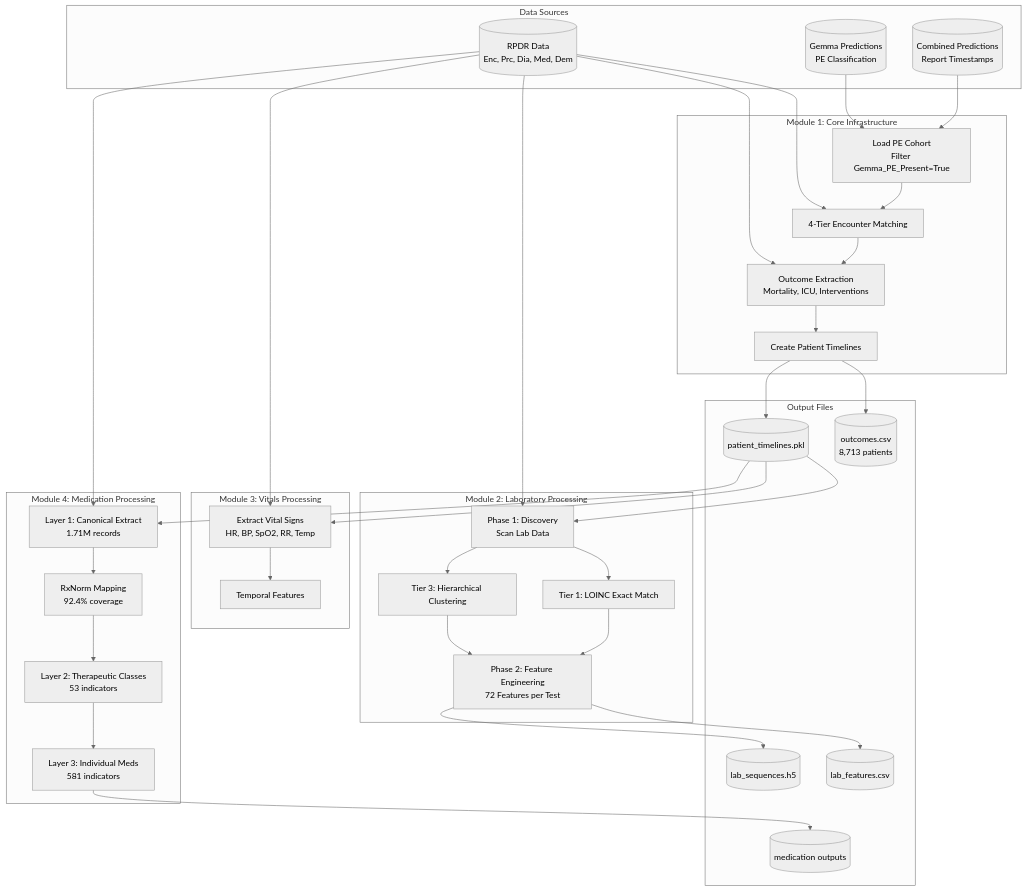
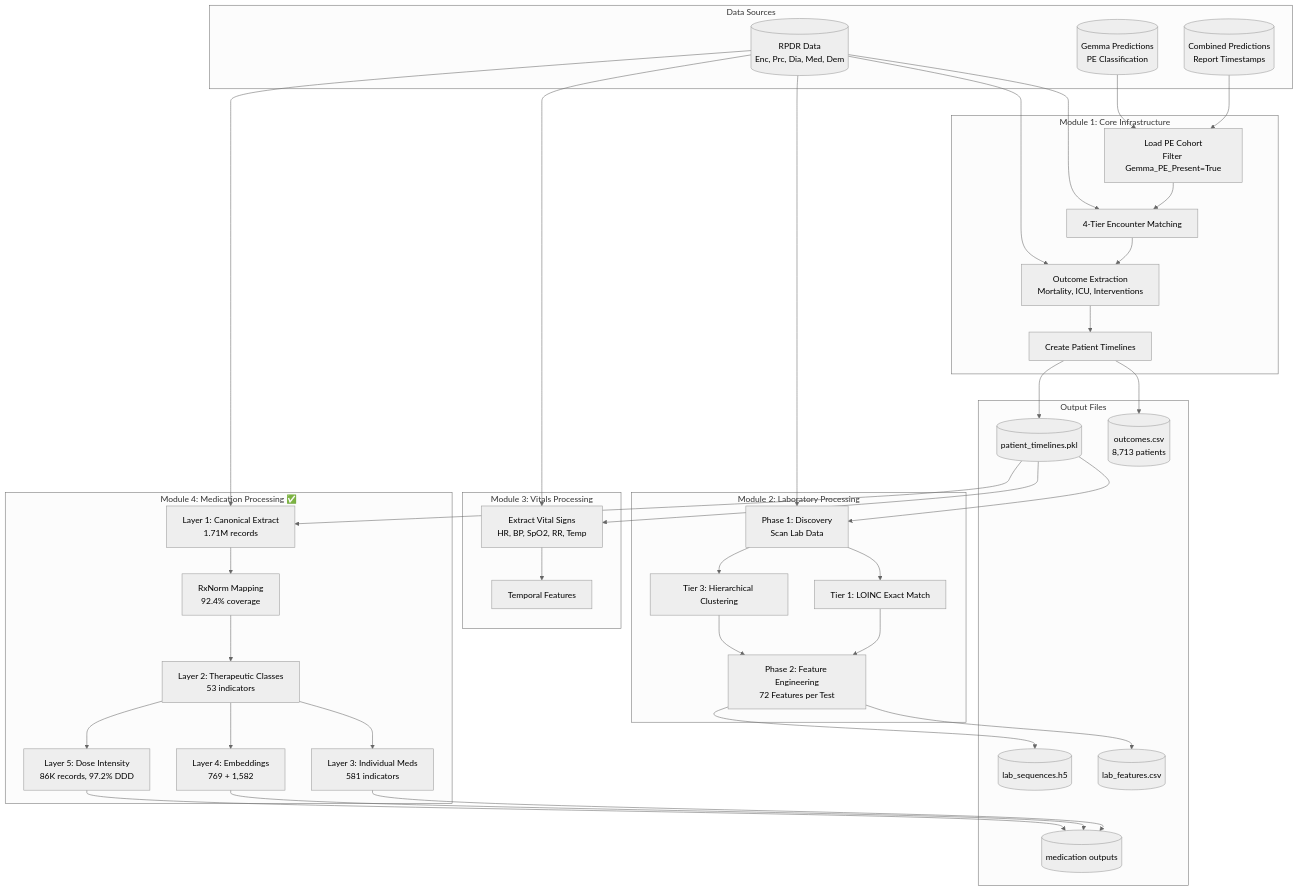
Before and after one commit to moinhs1/extracting-features: the first of 5 diagrams in docs/architecture.md, drawn with Mermaid (neutral theme). The commit also changed other lines of this file and 3 other files, not shown here.

````diff
--- a/docs/architecture.md
+++ b/docs/architecture.md
@@ -6,73 +6,79 @@
 ```mermaid
 flowchart TB
     subgraph DataSources["Data Sources"]
         RPDR[(RPDR Data<br/>Enc, Prc, Dia, Med, Dem)]
         Gemma[(Gemma Predictions<br/>PE Classification)]
         Combined[(Combined Predictions<br/>Report Timestamps)]
     end
 
     subgraph Module1["Module 1: Core Infrastructure"]
         M1_Load[Load PE Cohort<br/>Filter Gemma_PE_Present=True]
         M1_Match[4-Tier Encounter Matching]
         M1_Extract[Outcome Extraction<br/>Mortality, ICU, Interventions]
         M1_Timeline[Create Patient Timelines]
     end
 
     subgraph Module2["Module 2: Laboratory Processing"]
         M2_Phase1[Phase 1: Discovery<br/>Scan Lab Data]
         M2_Tier1[Tier 1: LOINC Exact Match]
         M2_Tier3[Tier 3: Hierarchical Clustering]
         M2_Phase2[Phase 2: Feature Engineering<br/>72 Features per Test]
     end
 
     subgraph Module3["Module 3: Vitals Processing"]
         M3_Extract[Extract Vital Signs<br/>HR, BP, SpO2, RR, Temp]
         M3_Features[Temporal Features]
     end
 
-    subgraph Module4["Module 4: Medication Processing"]
+    subgraph Module4["Module 4: Medication Processing ✅"]
         M4_Extract[Layer 1: Canonical Extract<br/>1.71M records]
         M4_RxNorm[RxNorm Mapping<br/>92.4% coverage]
         M4_Class[Layer 2: Therapeutic Classes<br/>53 indicators]
         M4_Indiv[Layer 3: Individual Meds<br/>581 indicators]
+        M4_Embed[Layer 4: Embeddings<br/>769 + 1,582]
+        M4_Dose[Layer 5: Dose Intensity<br/>86K records, 97.2% DDD]
     end
 
     subgraph Outputs["Output Files"]
         OUT_CSV[(outcomes.csv<br/>8,713 patients)]
         OUT_PKL[(patient_timelines.pkl)]
         OUT_LAB[(lab_features.csv)]
         OUT_H5[(lab_sequences.h5)]
         OUT_MED[(medication outputs)]
     end
 
     %% Data flow
     Gemma --> M1_Load
     Combined --> M1_Load
     RPDR --> M1_Match
     M1_Load --> M1_Match
     M1_Match --> M1_Extract
     RPDR --> M1_Extract
     M1_Extract --> M1_Timeline
     M1_Timeline --> OUT_CSV
     M1_Timeline --> OUT_PKL
 
     OUT_PKL --> M2_Phase1
     RPDR --> M2_Phase1
     M2_Phase1 --> M2_Tier1
     M2_Phase1 --> M2_Tier3
     M2_Tier1 --> M2_Phase2
     M2_Tier3 --> M2_Phase2
     M2_Phase2 --> OUT_LAB
     M2_Phase2 --> OUT_H5
 
     OUT_PKL --> M3_Extract
     RPDR --> M3_Extract
     M3_Extract --> M3_Features
 
     OUT_PKL --> M4_Extract
     RPDR --> M4_Extract
     M4_Extract --> M4_RxNorm
     M4_RxNorm --> M4_Class
     M4_Class --> M4_Indiv
+    M4_Class --> M4_Embed
+    M4_Class --> M4_Dose
     M4_Indiv --> OUT_MED
+    M4_Embed --> OUT_MED
+    M4_Dose --> OUT_MED
 ```
````
